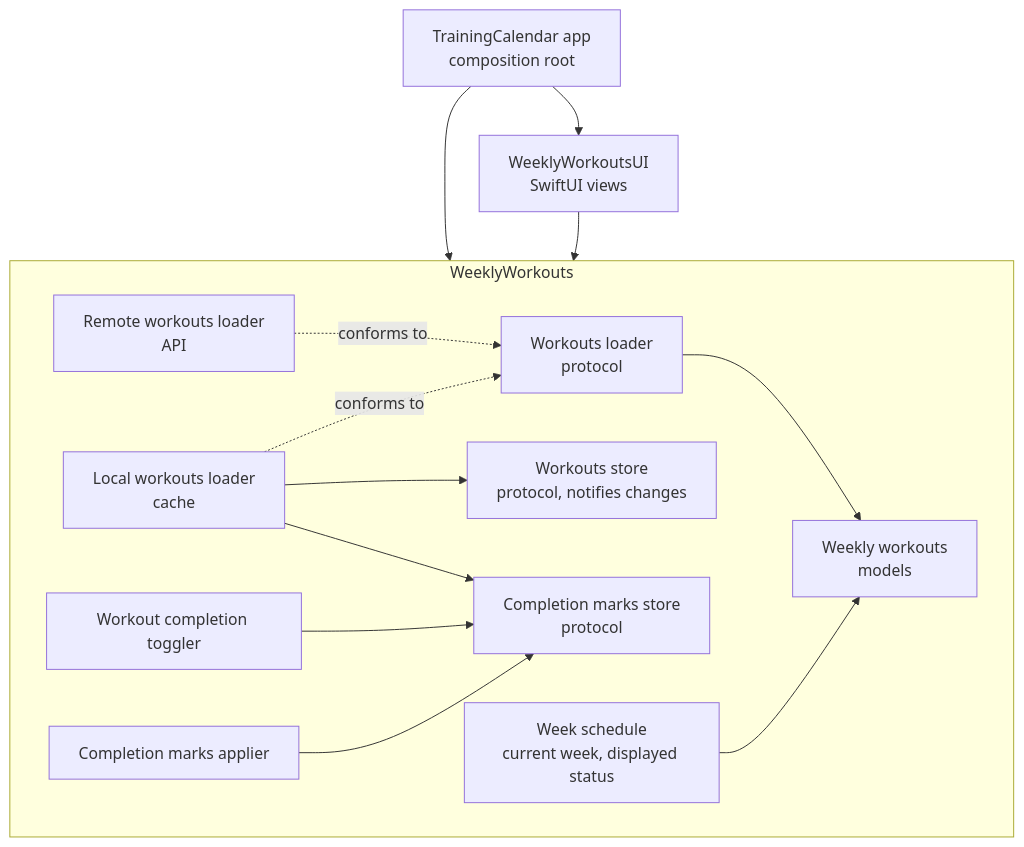
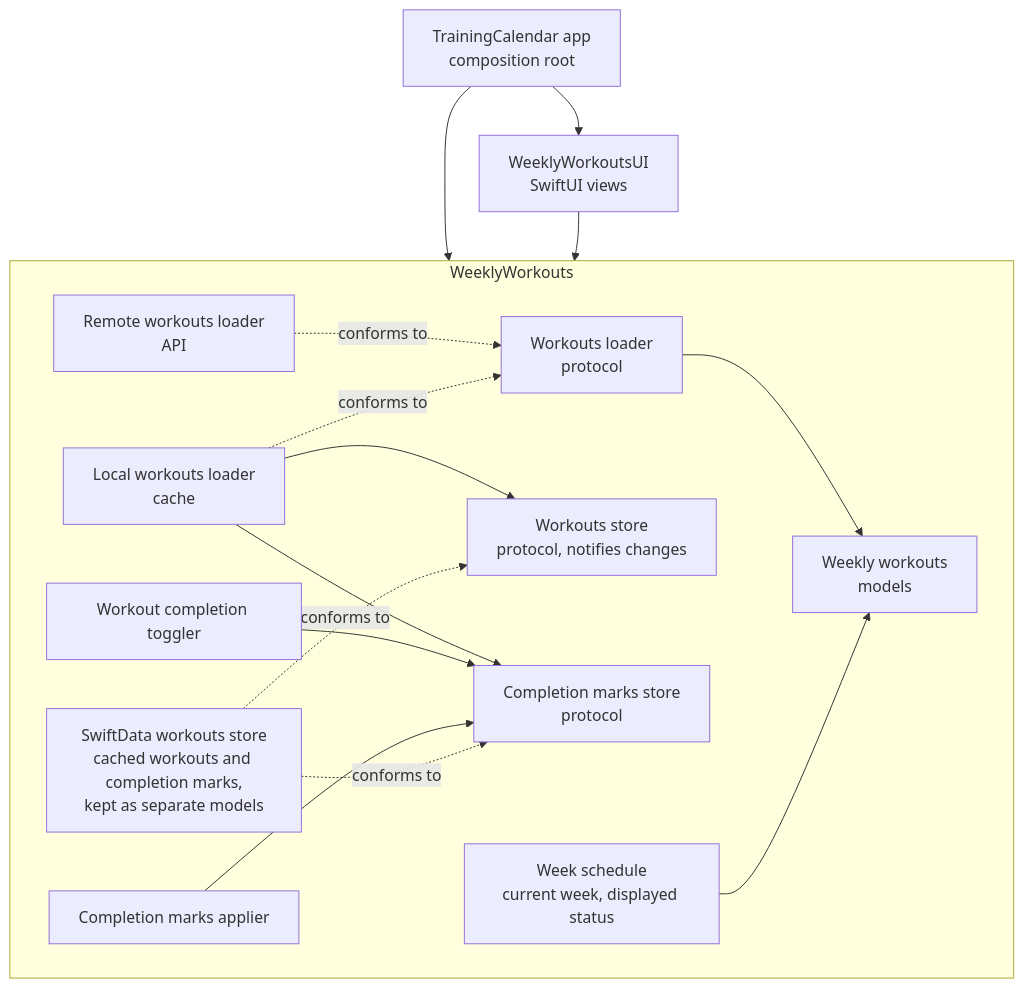
The second of 2 diagrams in README.md (tringuyen623/training-calendar), drawn with Mermaid before and after one commit.

Commit message:
Show `SwiftDataWorkoutsStore` holding both the cached workouts and the completion marks in the README architecture

````diff
--- a/README.md
+++ b/README.md
@@ -324,16 +324,18 @@
 ```mermaid
 graph TD
     App["TrainingCalendar app<br/>composition root"] --> UI["WeeklyWorkoutsUI<br/>SwiftUI views"]
     App --> Package
     UI --> Package
     subgraph Package["WeeklyWorkouts"]
         Remote["Remote workouts loader<br/>API"] -. conforms to .-> Loader["Workouts loader<br/>protocol"]
         Local["Local workouts loader<br/>cache"] -. conforms to .-> Loader
         Local --> Store["Workouts store<br/>protocol, notifies changes"]
         Local --> Marks["Completion marks store<br/>protocol"]
         Toggler["Workout completion toggler"] --> Marks
         Applier["Completion marks applier"] --> Marks
+        SwiftData["SwiftData workouts store<br/>cached workouts and completion marks,<br/>kept as separate models"] -. conforms to .-> Store
+        SwiftData -. conforms to .-> Marks
         Loader --> Models["Weekly workouts<br/>models"]
         Schedule["Week schedule<br/>current week, displayed status"] --> Models
     end
 ```
````
